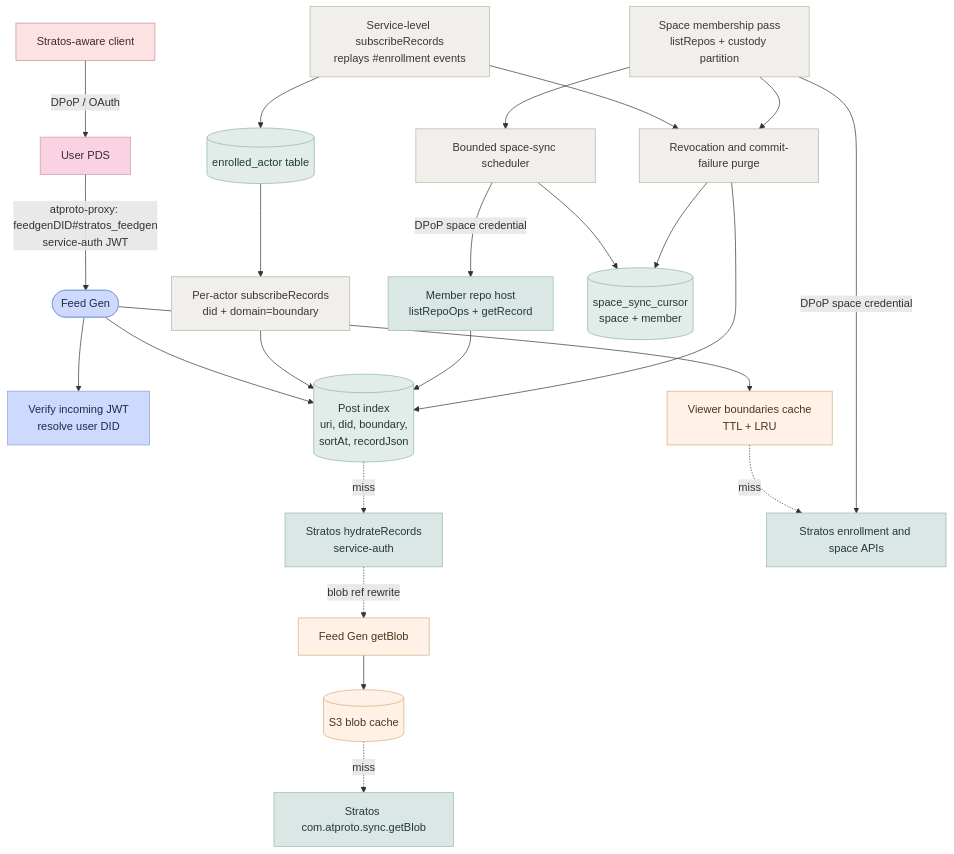
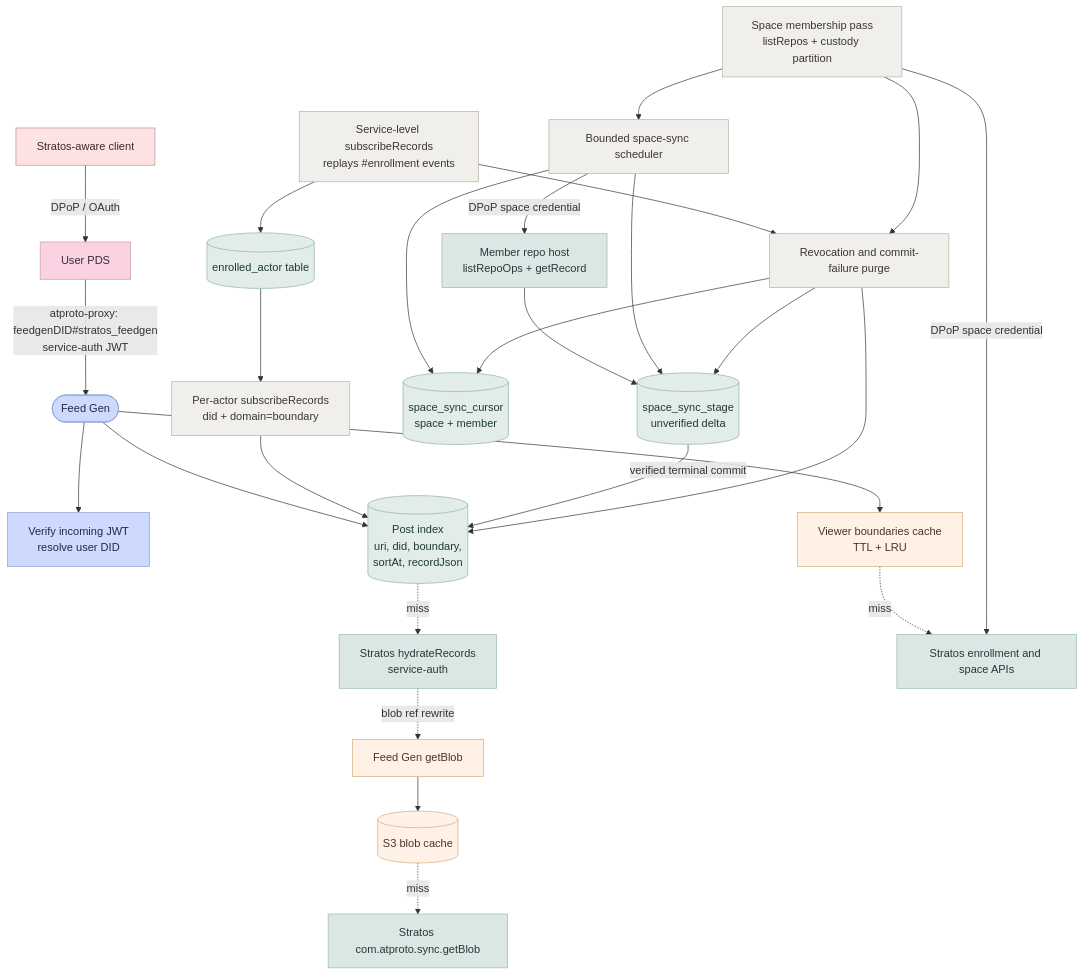
One commit to NorthskySocial/stratos changed the diagram in stratos-feedgen/README.md. Above: the diagram before and after it, drawn with Mermaid. The commit also changed other lines of this file and 16 other files, not shown here.

Commit message:
Stage unverified space sync records

````diff
--- a/stratos-feedgen/README.md
+++ b/stratos-feedgen/README.md
@@ -11,63 +11,67 @@
 ```mermaid
 flowchart TD
     Client[Stratos-aware client]
     PDS[User PDS]
     FG([Feed Gen])
     Verify[Verify incoming JWT<br/>resolve user DID]
     BCache[Viewer boundaries cache<br/>TTL + LRU]
     Index[(Post index<br/>uri, did, boundary,<br/>sortAt, recordJson)]
     Hydrate[Stratos hydrateRecords<br/>service-auth]
     Blob[Feed Gen getBlob]
     S3[(S3 blob cache)]
     StratosBlob[Stratos com.atproto.sync.getBlob]
     ResolveEnr[Stratos enrollment and space APIs]
 
     SvcSub[Service-level subscribeRecords<br/>replays #enrollment events]
     Enrolled[(enrolled_actor table)]
     ActorSub[Per-actor subscribeRecords<br/>did + domain=boundary]
     SpaceMembership[Space membership pass<br/>listRepos + custody partition]
     SpaceScheduler[Bounded space-sync scheduler]
     MemberHost[Member repo host<br/>listRepoOps + getRecord]
     SpaceCursor[(space_sync_cursor<br/>space + member)]
+    SpaceStage[(space_sync_stage<br/>unverified delta)]
     Purger[Revocation and commit-failure purge]
 
     Client -->|DPoP / OAuth| PDS
     PDS -->|atproto-proxy: feedgenDID#stratos_feedgen<br/>service-auth JWT| FG
     FG --> Verify
     FG --> BCache
     FG --> Index
     BCache -.miss.-> ResolveEnr
     Index -.miss.-> Hydrate
     Hydrate -.blob ref rewrite.-> Blob
     Blob --> S3
     S3 -.miss.-> StratosBlob
 
     SvcSub --> Enrolled
     Enrolled --> ActorSub
     ActorSub --> Index
     SpaceMembership -->|DPoP space credential| ResolveEnr
     SpaceMembership --> SpaceScheduler
     SpaceScheduler -->|DPoP space credential| MemberHost
-    MemberHost --> Index
+    MemberHost --> SpaceStage
+    SpaceStage -->|verified terminal commit| Index
     SpaceScheduler --> SpaceCursor
+    SpaceScheduler --> SpaceStage
     SvcSub --> Purger
     SpaceMembership --> Purger
     Purger --> Index
     Purger --> SpaceCursor
+    Purger --> SpaceStage
 
     classDef client fill:#fde2e4,stroke:#c98a93,color:#3a2a2d
     classDef pds fill:#fad2e1,stroke:#c79bb1,color:#3a2a35
     classDef fg fill:#cddafd,stroke:#8aa0d6,color:#1f2a4a
     classDef store fill:#e2ece9,stroke:#8fb3aa,color:#1f3a35
     classDef cache fill:#fff1e6,stroke:#d4ad7f,color:#4a3520
     classDef upstream fill:#dbe7e4,stroke:#9bb8b1,color:#243a36
     classDef worker fill:#f0efeb,stroke:#b8b3a3,color:#3a382e
 
     class Client client
     class PDS pds
     class FG,Verify fg
-    class Index,Enrolled,SpaceCursor store
+    class Index,Enrolled,SpaceCursor,SpaceStage store
     class BCache,S3,Blob cache
     class Hydrate,ResolveEnr,StratosBlob,MemberHost upstream
     class SvcSub,ActorSub,SpaceMembership,SpaceScheduler,Purger worker
 ```
````
